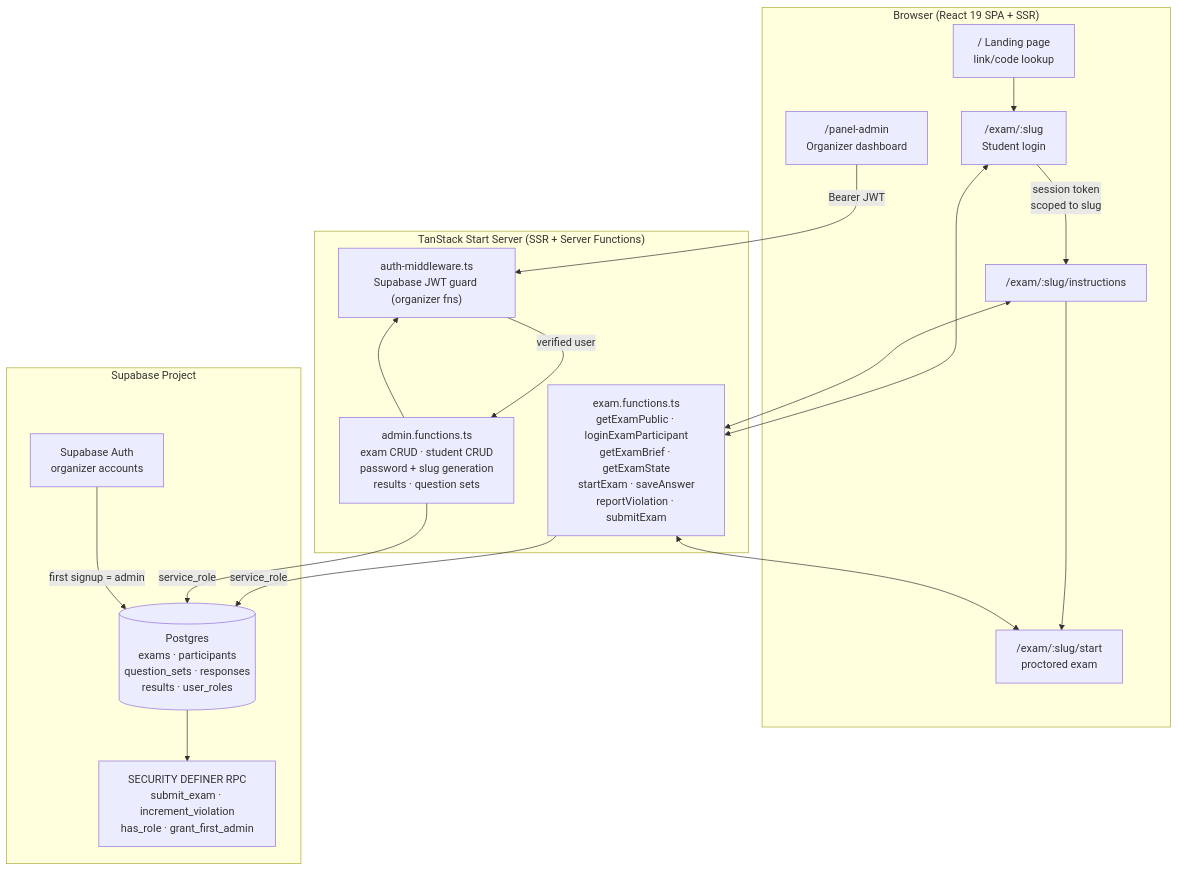
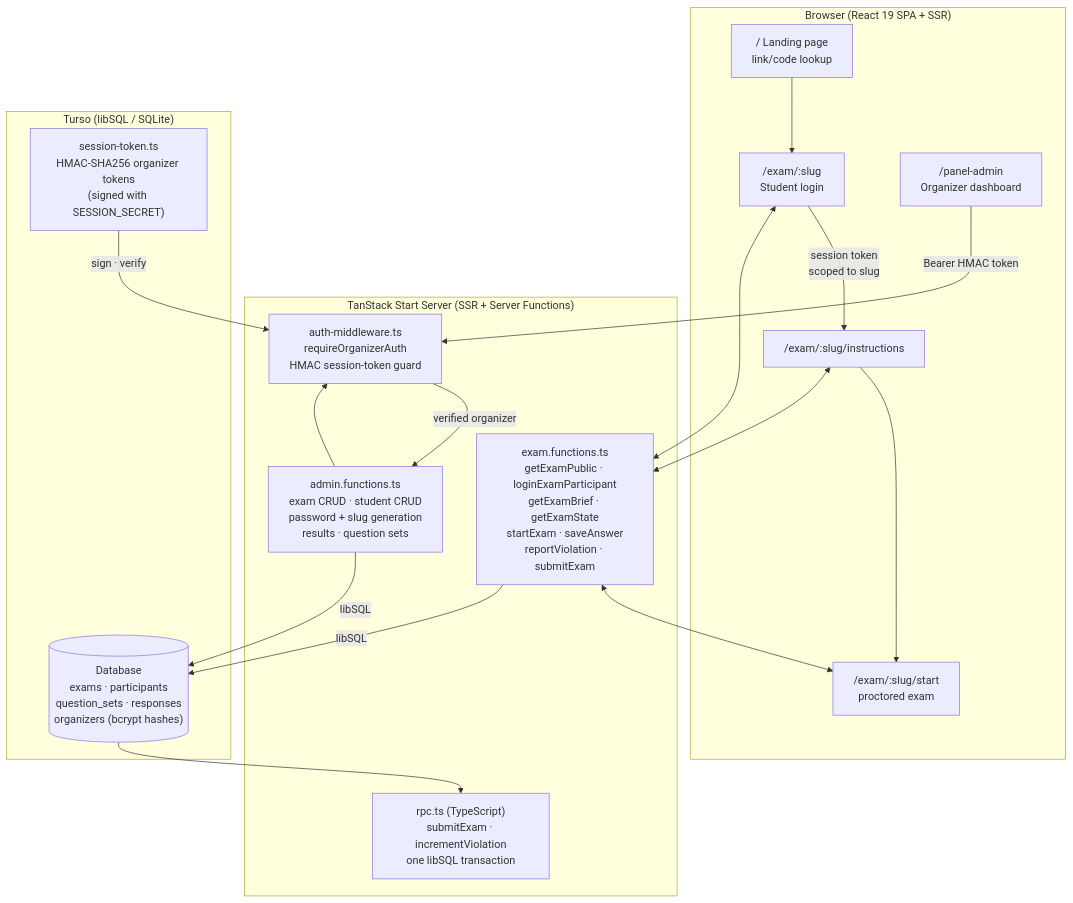
The first of 4 diagrams in README.md (ayushjha-dev/Prarambh), drawn with Mermaid before and after one commit. The commit also changed other lines of this file and 32 other files, not shown here.

````diff
--- a/README.md
+++ b/README.md
@@ -107,38 +108,38 @@
 ```mermaid
 flowchart TB
     subgraph Client["Browser (React 19 SPA + SSR)"]
         Landing["/  Landing page<br/>link/code lookup"]
         Login["/exam/:slug<br/>Student login"]
         Instr["/exam/:slug/instructions"]
         ExamUI["/exam/:slug/start<br/>proctored exam"]
         Org["/panel-admin<br/>Organizer dashboard"]
     end
 
     subgraph Server["TanStack Start Server (SSR + Server Functions)"]
         ExamFn["exam.functions.ts<br/>getExamPublic · loginExamParticipant<br/>getExamBrief · getExamState<br/>startExam · saveAnswer<br/>reportViolation · submitExam"]
         AdminFn["admin.functions.ts<br/>exam CRUD · student CRUD<br/>password + slug generation<br/>results · question sets"]
-        AuthMW["auth-middleware.ts<br/>Supabase JWT guard (organizer fns)"]
+        AuthMW["auth-middleware.ts<br/>requireOrganizerAuth<br/>HMAC session-token guard"]
+        Rpc["rpc.ts (TypeScript)<br/>submitExam · incrementViolation<br/>one libSQL transaction"]
     end
 
-    subgraph SB["Supabase Project"]
-        PG[("Postgres<br/>exams · participants<br/>question_sets · responses<br/>results · user_roles")]
-        Auth["Supabase Auth<br/>organizer accounts"]
-        RPC["SECURITY DEFINER RPC<br/>submit_exam · increment_violation<br/>has_role · grant_first_admin"]
+    subgraph DBInfra["Turso (libSQL / SQLite)"]
+        DB[("Database<br/>exams · participants<br/>question_sets · responses<br/>organizers (bcrypt hashes)")]
+        Tokens["session-token.ts<br/>HMAC-SHA256 organizer tokens<br/>(signed with SESSION_SECRET)"]
     end
 
     Landing --> Login
     Login -->|session token<br/>scoped to slug| Instr
     Instr --> ExamUI
-    Org -->|Bearer JWT| AuthMW
+    Org -->|Bearer HMAC token| AuthMW
 
     Login <--> ExamFn
     Instr <--> ExamFn
     ExamFn <--> ExamUI
 
-    ExamFn -->|service_role| PG
+    ExamFn -->|libSQL| DB
     AdminFn --> AuthMW
-    AuthMW -->|verified user| AdminFn
-    AdminFn -->|service_role| PG
-    PG --> RPC
-    Auth -->|first signup = admin| PG
+    AuthMW -->|verified organizer| AdminFn
+    AdminFn -->|libSQL| DB
+    DB --> Rpc
+    Tokens -->|sign · verify| AuthMW
 ```
````
